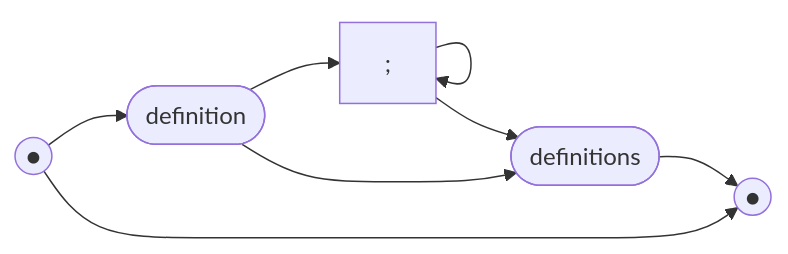
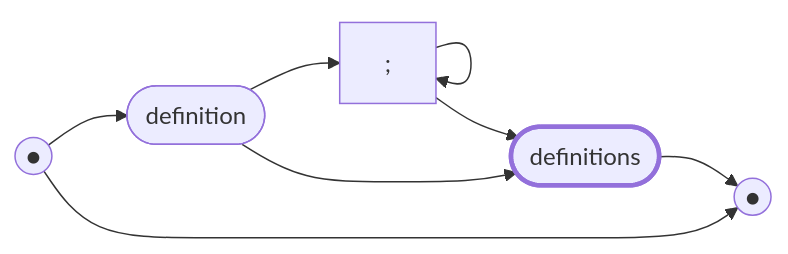
One commit to billhails/CEKF changed the fifth of 59 diagrams in docs/railroad.md. Above: the diagram before and after it, drawn with Mermaid. The commit also changed other lines of this file, not shown here.

````diff
--- a/docs/railroad.md
+++ b/docs/railroad.md
@@ -68,15 +76,16 @@
 ```mermaid
 flowchart LR
+classDef rec stroke-width:3px;
 s(("●"))
 e(("●"))
 definition([definition])
 semi[";"]
-definitions([definitions])
+definitions([definitions]):::rec
 s --> definition
 definition --> semi
 semi --> semi
 semi --> definitions
 definition --> definitions
 definitions --> e
 s --> e
 ```
````
